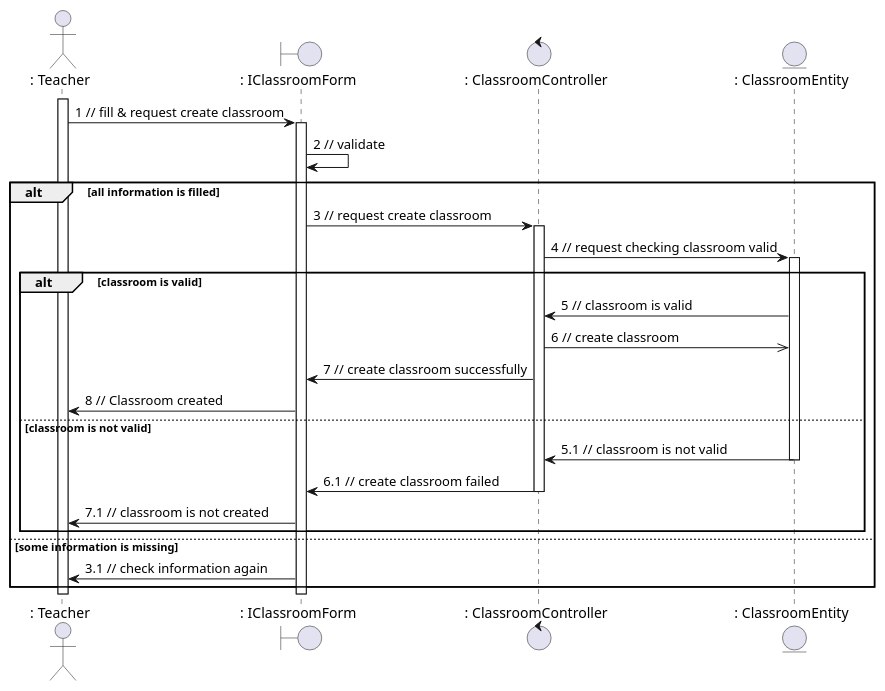
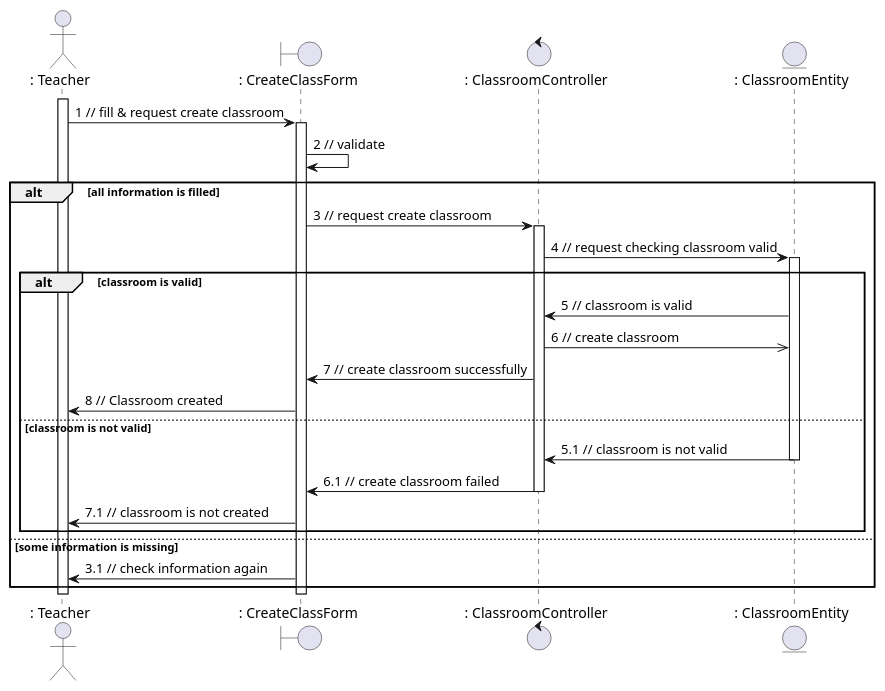
Before and after one commit to anonyhostvn/OOAD-Diagram: the diagram in sequence - analaysis/classroom/createClass.plantuml, drawn with PlantUML. The commit also changed 5 other files, not shown here.

```diff
--- a/sequence - analaysis/classroom/createClass.plantuml
+++ b/sequence - analaysis/classroom/createClass.plantuml
@@ -1,36 +1,36 @@
 @startuml createClass
 
 actor ": Teacher"
-boundary ": IClassroomForm"
+boundary ": CreateClassForm"
 control ": ClassroomController"
 entity ": ClassroomEntity"
 
 activate ": Teacher"
-": Teacher" -> ": IClassroomForm": 1 // fill & request create classroom
-activate ": IClassroomForm"
-": IClassroomForm" -> ": IClassroomForm": 2 // validate
+": Teacher" -> ": CreateClassForm": 1 // fill & request create classroom
+activate ": CreateClassForm"
+": CreateClassForm" -> ": CreateClassForm": 2 // validate
 alt all information is filled
-    ": IClassroomForm" -> ": ClassroomController": 3 // request create classroom
+    ": CreateClassForm" -> ": ClassroomController": 3 // request create classroom
     activate ": ClassroomController"
     ": ClassroomController" -> ": ClassroomEntity": 4 // request checking classroom valid
     activate ": ClassroomEntity"
     alt classroom is valid
         ": ClassroomEntity" -> ": ClassroomController": 5 // classroom is valid
         ": ClassroomController" ->> ": ClassroomEntity": 6 // create classroom
-        ": ClassroomController" -> ": IClassroomForm": 7 // create classroom successfully
-        ": IClassroomForm" -> ": Teacher": 8 // Classroom created
+        ": ClassroomController" -> ": CreateClassForm": 7 // create classroom successfully
+        ": CreateClassForm" -> ": Teacher": 8 // Classroom created
     else classroom is not valid
         ": ClassroomEntity" -> ": ClassroomController": 5.1 // classroom is not valid
         deactivate ": ClassroomEntity"
-        ": ClassroomController" -> ": IClassroomForm": 6.1 // create classroom failed
+        ": ClassroomController" -> ": CreateClassForm": 6.1 // create classroom failed
         deactivate ": ClassroomController"
-        ": IClassroomForm" -> ": Teacher": 7.1 // classroom is not created
+        ": CreateClassForm" -> ": Teacher": 7.1 // classroom is not created
     end
 else some information is missing
-    ": IClassroomForm" -> ": Teacher": 3.1 // check information again
+    ": CreateClassForm" -> ": Teacher": 3.1 // check information again
 end
 
-deactivate ": IClassroomForm"
+deactivate ": CreateClassForm"
 deactivate ": Teacher"
 
 @enduml
```
